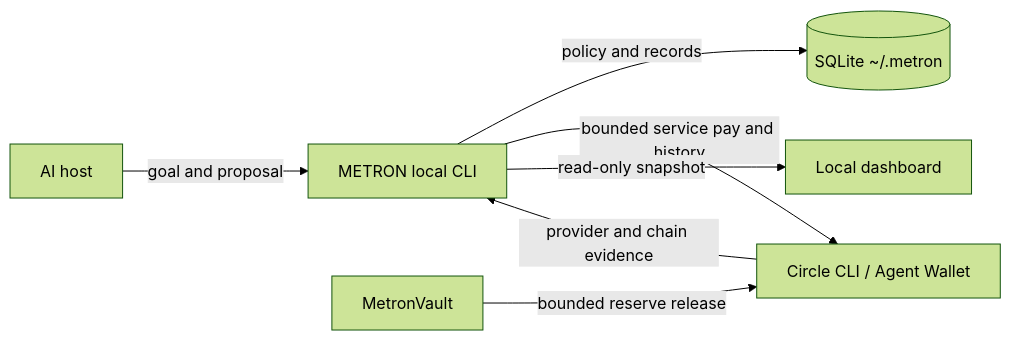
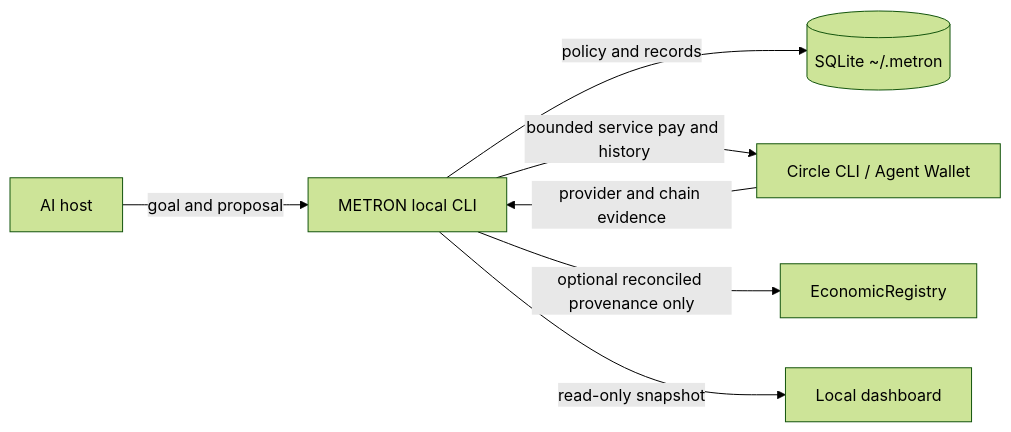
One commit to riyannode/metronarc changed the diagram in README.md. Above: the diagram before and after it, drawn with Mermaid (forest theme). The commit also changed other lines of this file and 16 other files, not shown here.

````diff
--- a/README.md
+++ b/README.md
@@ -9,9 +9,9 @@
 ```mermaid
 flowchart LR
   H[AI host] -->|goal and proposal| M[METRON local CLI]
   M -->|policy and records| S[(SQLite ~/.metron)]
   M -->|bounded service pay and history| C[Circle CLI / Agent Wallet]
   C -->|provider and chain evidence| M
+  M -->|optional reconciled provenance only| R[EconomicRegistry]
   M -->|read-only snapshot| D[Local dashboard]
-  V[MetronVault] -->|bounded reserve release| C
 ```
````
